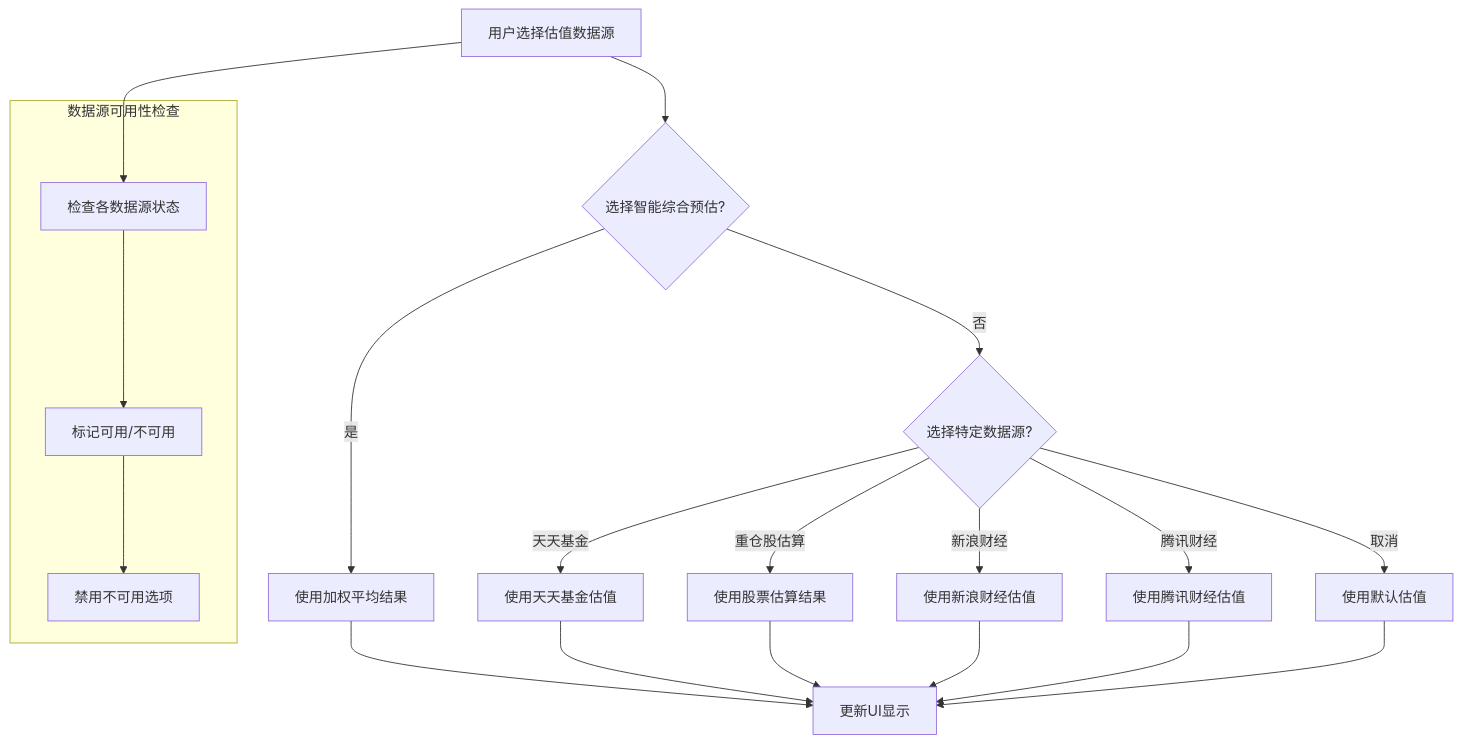
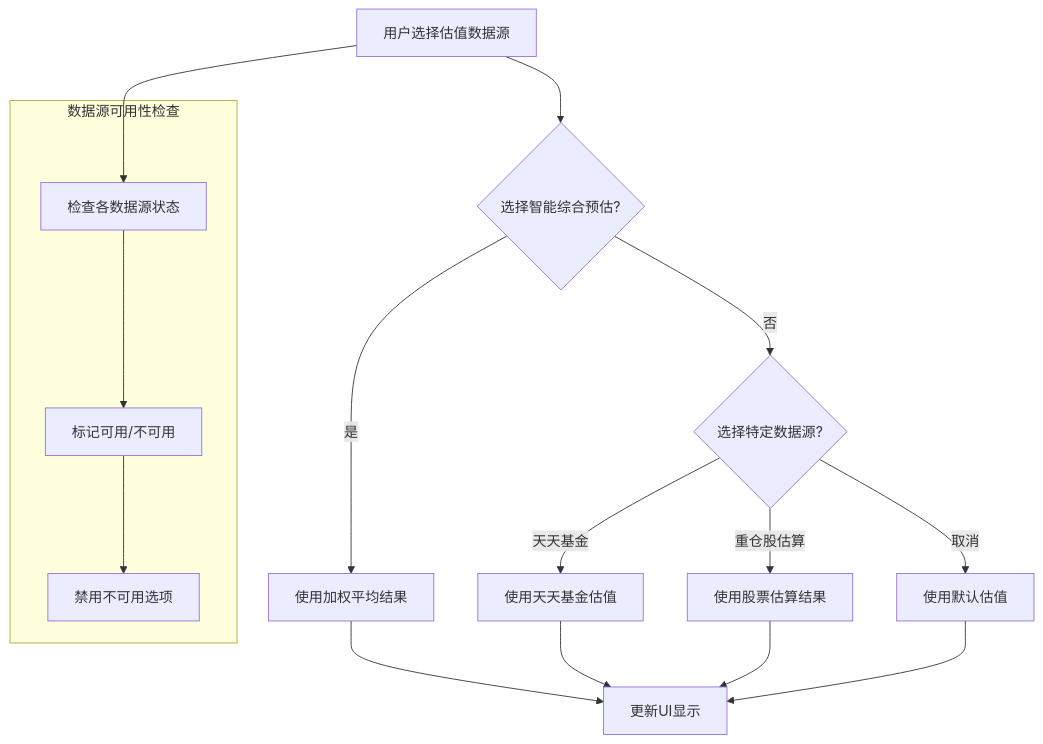
Before and after one commit to gree-coder/fund-butler: diagram 16 of 19 in .qoder/repowiki/zh/content/核心功能开发/FundController增强.md, drawn with Mermaid. The commit also changed other lines of this file and 21 other files, not shown here.

````diff
--- a/.qoder/repowiki/zh/content/核心功能开发/FundController增强.md
+++ b/.qoder/repowiki/zh/content/核心功能开发/FundController增强.md
@@ -647,25 +600,21 @@
 ```mermaid
 flowchart TD
 A[用户选择估值数据源] --> B{选择智能综合预估?}
 B --> |是| C[使用加权平均结果]
 B --> |否| D{选择特定数据源?}
 D --> |天天基金| E[使用天天基金估值]
 D --> |重仓股估算| F[使用股票估算结果]
-D --> |新浪财经| G[使用新浪财经估值]
-D --> |腾讯财经| H[使用腾讯财经估值]
-D --> |取消| I[使用默认估值]
-C --> J[更新UI显示]
-E --> J
-F --> J
-G --> J
-H --> J
+D --> |取消| G[使用默认估值]
+C --> H[更新UI显示]
+E --> H
+F --> H
+G --> H
+subgraph "数据源可用性检查"
+I[检查各数据源状态]
+J[标记可用/不可用]
+K[禁用不可用选项]
+end
+A --> I
 I --> J
-subgraph "数据源可用性检查"
-K[检查各数据源状态]
-L[标记可用/不可用]
-M[禁用不可用选项]
-end
-A --> K
-K --> L
-L --> M
+J --> K
 ```
````
